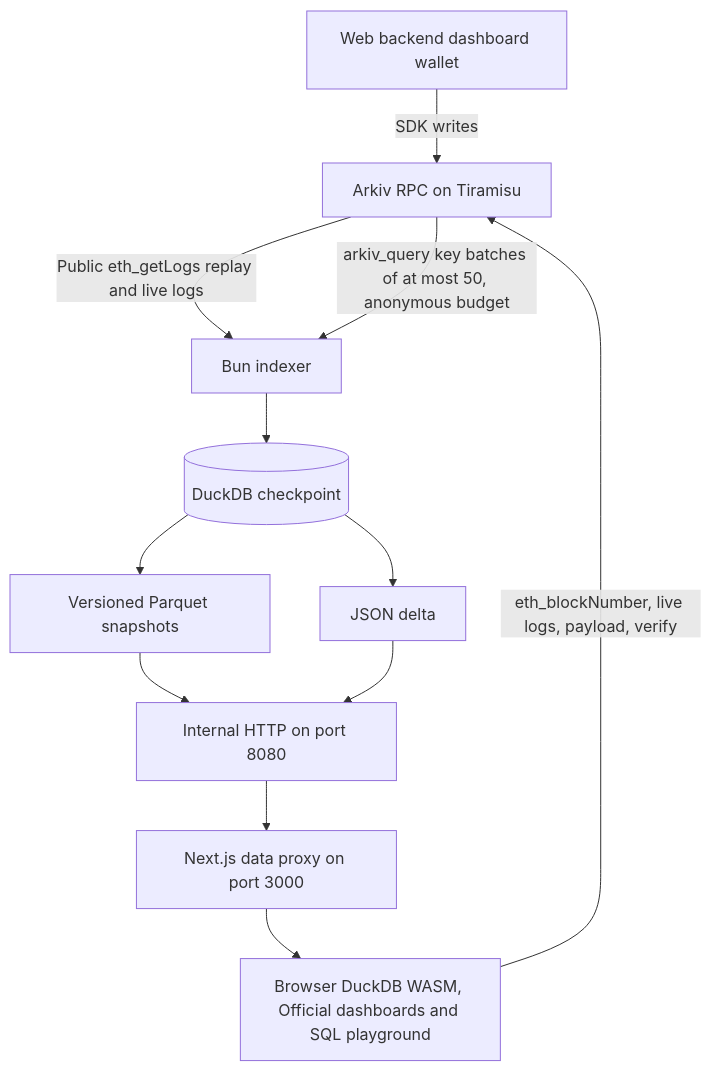
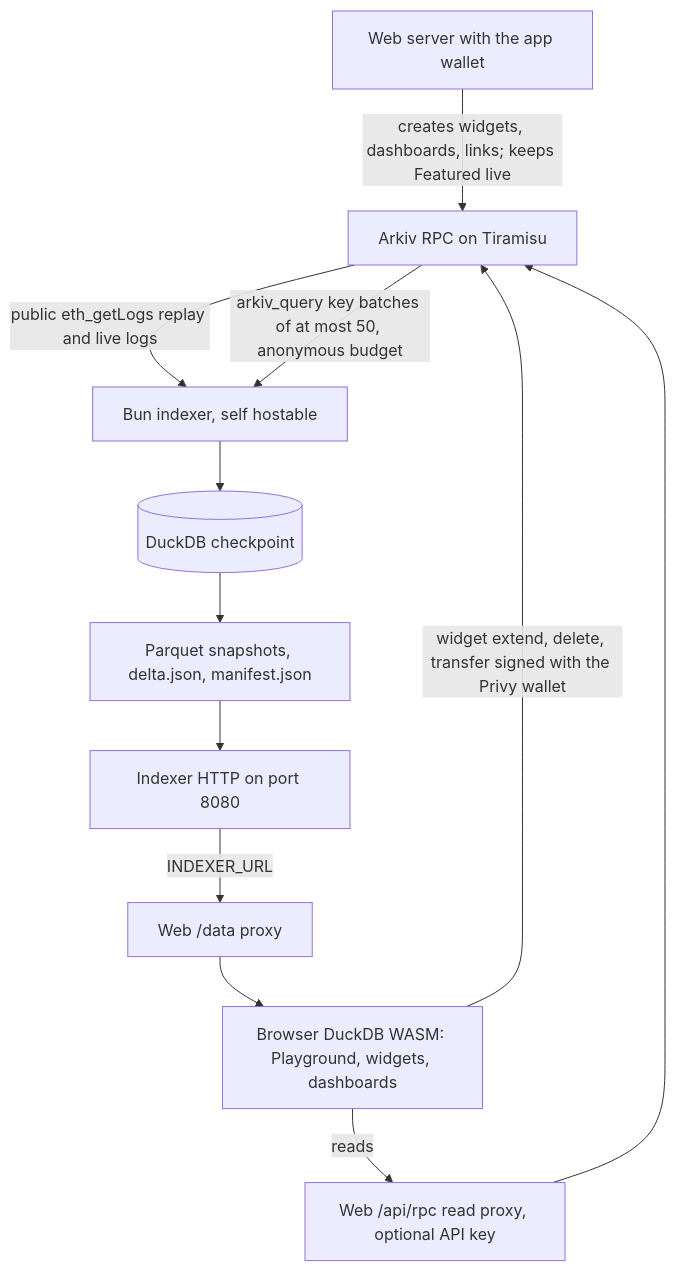
The diagram in README.md (SlayerAnsh/hackathon-duckdb-indexer), drawn with Mermaid before and after one commit. The commit also changed other lines of this file and 11 other files, not shown here.

Commit message:
docs: describe the open source self hostable indexer and the app on the hosted indexer everywhere

````diff
--- a/README.md
+++ b/README.md
@@ -14,14 +22,14 @@
 ```mermaid
 flowchart TD
-  RPC[Arkiv RPC on Tiramisu] -->|Public eth_getLogs replay and live logs| Indexer[Bun indexer]
+  RPC[Arkiv RPC on Tiramisu] -->|public eth_getLogs replay and live logs| Indexer[Bun indexer, self hostable]
   RPC -->|arkiv_query key batches of at most 50, anonymous budget| Indexer
   Indexer --> DB[(DuckDB checkpoint)]
-  DB --> Snapshot[Versioned Parquet snapshots]
-  DB --> Delta[JSON delta]
-  Snapshot --> HTTP[Internal HTTP on port 8080]
-  Delta --> HTTP
-  HTTP --> Proxy[Next.js data proxy on port 3000]
-  Proxy --> Browser[Browser DuckDB WASM, Official dashboards and SQL playground]
-  Browser -->|eth_blockNumber, live logs, payload, verify| RPC
-  Writer[Web backend dashboard wallet] -->|SDK writes| RPC
+  DB --> Files[Parquet snapshots, delta.json, manifest.json]
+  Files --> HTTP[Indexer HTTP on port 8080]
+  HTTP -->|INDEXER_URL| Data[Web /data proxy]
+  Data --> Browser[Browser DuckDB WASM: Playground, widgets, dashboards]
+  Browser -->|reads| RpcProxy[Web /api/rpc read proxy, optional API key]
+  RpcProxy --> RPC
+  Browser -->|widget extend, delete, transfer signed with the Privy wallet| RPC
+  Server[Web server with the app wallet] -->|creates widgets, dashboards, links; keeps Featured live| RPC
 ```
````
